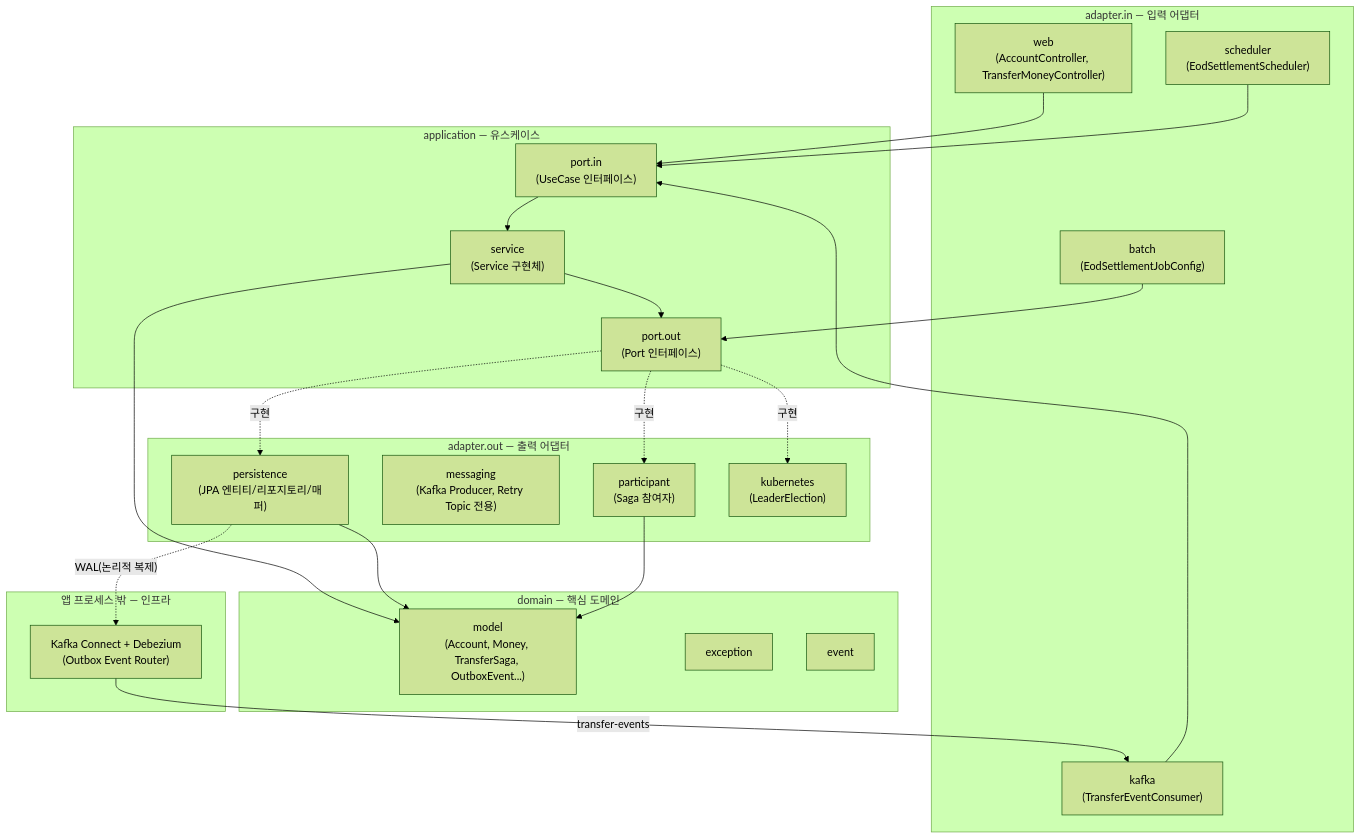
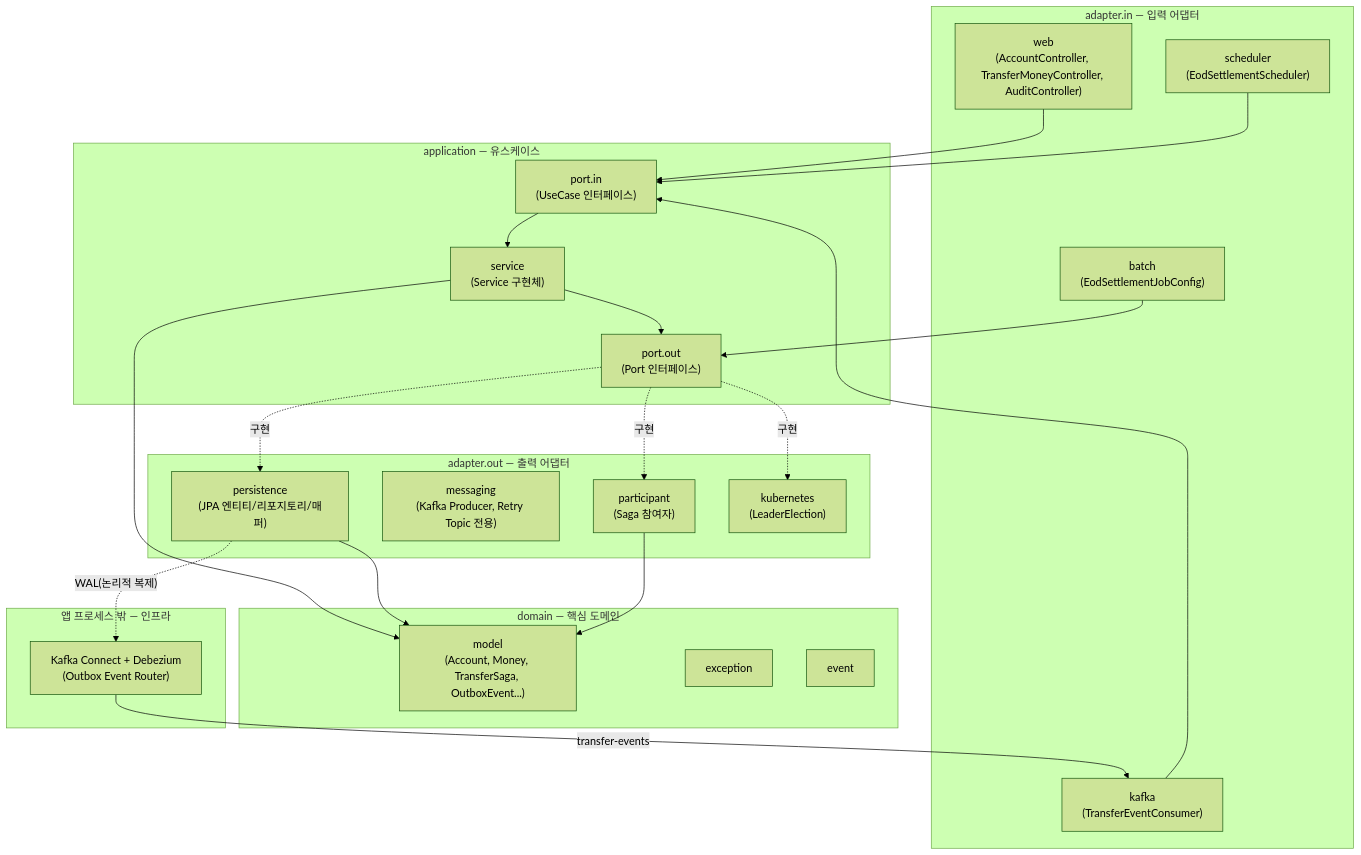
One commit to farmer0010/fbrl-backend changed the diagram in README.md. Above: the diagram before and after it, drawn with Mermaid (forest theme). The commit also changed other lines of this file and 1 other file, not shown here.

Commit message:
docs: 해시체인 감사로그 관련 README/ARCHITECTURE 갱신
트랙 1 기능 목록, 아키텍처 다이어그램, 패키지 구조 트리에 AuditController/
VerifyAuditChainUseCase/LoadAllOutboxEventsPort 반영. ARCHITECTURE.md에
9번 결정 항목으로 동시성 제어 3안 비교표, 해시 계산 필드/제네시스 처리
근거, 구현 내용을 기록.

````diff
--- a/README.md
+++ b/README.md
@@ -24,51 +24,51 @@
 ```mermaid
 graph TB
     subgraph adapter_in["adapter.in — 입력 어댑터"]
-        WEB["web<br/>(AccountController, TransferMoneyController)"]
+        WEB["web<br/>(AccountController, TransferMoneyController, AuditController)"]
         KAFKA_IN["kafka<br/>(TransferEventConsumer)"]
         BATCH["batch<br/>(EodSettlementJobConfig)"]
         SCHED["scheduler<br/>(EodSettlementScheduler)"]
     end
 
     subgraph application["application — 유스케이스"]
         PORT_IN["port.in<br/>(UseCase 인터페이스)"]
         SERVICE["service<br/>(Service 구현체)"]
         PORT_OUT["port.out<br/>(Port 인터페이스)"]
     end
 
     subgraph domain["domain — 핵심 도메인"]
         MODEL["model<br/>(Account, Money, TransferSaga, OutboxEvent...)"]
         EXC["exception"]
         EVENT["event"]
     end
 
     subgraph adapter_out["adapter.out — 출력 어댑터"]
         PERSIST["persistence<br/>(JPA 엔티티/리포지토리/매퍼)"]
         MSG["messaging<br/>(Kafka Producer, Retry Topic 전용)"]
         PARTICIPANT["participant<br/>(Saga 참여자)"]
         K8S["kubernetes<br/>(LeaderElection)"]
     end
 
     subgraph external_infra["앱 프로세스 밖 — 인프라"]
         CDC["Kafka Connect + Debezium<br/>(Outbox Event Router)"]
     end
 
     WEB --> PORT_IN
     KAFKA_IN --> PORT_IN
     BATCH --> PORT_OUT
     SCHED --> PORT_IN
 
     PORT_IN --> SERVICE
     SERVICE --> MODEL
     SERVICE --> PORT_OUT
 
     PORT_OUT -.구현.-> PERSIST
     PORT_OUT -.구현.-> PARTICIPANT
     PORT_OUT -.구현.-> K8S
 
     PERSIST --> MODEL
     PARTICIPANT --> MODEL
 
     PERSIST -. "WAL(논리적 복제)" .-> CDC
     CDC -- "transfer-events" --> KAFKA_IN
 ```
````
